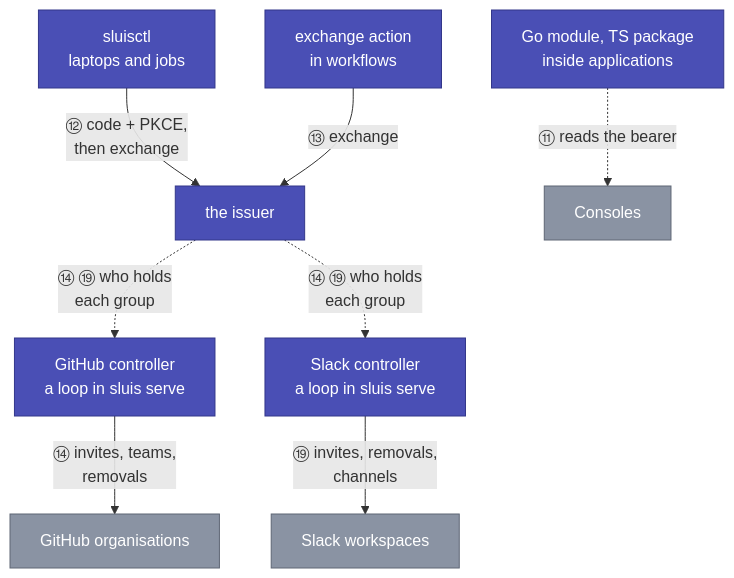
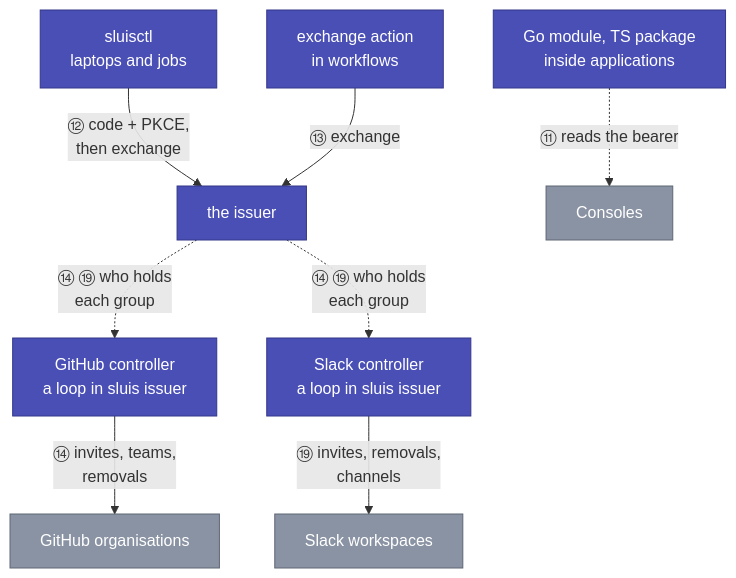
The third of 3 diagrams in docs/concepts/sluis/integrations.md (truvity/sluis), drawn with Mermaid before and after one commit. The commit also changed other lines of this file and 56 other files, not shown here.

````diff
--- a/docs/concepts/sluis/integrations.md
+++ b/docs/concepts/sluis/integrations.md
@@ -58,22 +58,22 @@
 ```mermaid
 flowchart TB
   lib["Go module, TS package<br/>inside applications"]:::token
   ctl["sluisctl<br/>laptops and jobs"]:::token
   act["exchange action<br/>in workflows"]:::token
   iss["the issuer"]:::token
   consoles["Consoles"]:::ext
-  ghr["GitHub controller<br/>a loop in sluis serve"]:::token
-  slr["Slack controller<br/>a loop in sluis serve"]:::token
+  ghr["GitHub controller<br/>a loop in sluis issuer"]:::token
+  slr["Slack controller<br/>a loop in sluis issuer"]:::token
   ghteams["GitHub organisations"]:::ext
   slack["Slack workspaces"]:::ext
   lib -. "⑪ reads the bearer" .-> consoles
   ctl -- "⑫ code + PKCE,<br/>then exchange" --> iss
   act -- "⑬ exchange" --> iss
   iss -. "⑭ ⑲ who holds<br/>each group" .-> ghr
   iss -. "⑭ ⑲ who holds<br/>each group" .-> slr
   ghr -- "⑭ invites, teams,<br/>removals" --> ghteams
   slr -- "⑲ invites, removals,<br/>channels" --> slack
   classDef ext fill:#8A93A3,stroke:#5E6675,color:#fff
   classDef hub fill:#0E7C7B,stroke:#0A5958,color:#fff
   classDef token fill:#4A4FB5,stroke:#33378A,color:#fff
 ```
````
